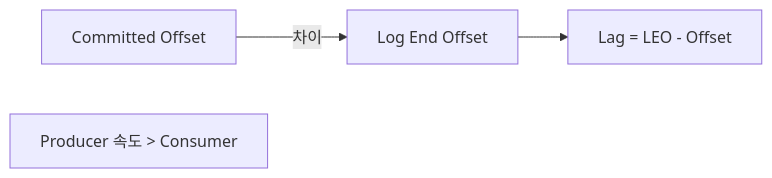
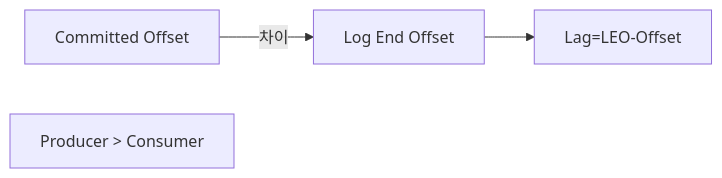
Diagram 13 of 21 in _posts/kafka/2026-05-01-kafka-extreme-scenarios.md (yjkim2015/yjkim2015.github.io), drawn with Mermaid before and after one commit. The commit also changed other lines of this file and 48 other files, not shown here.

First line of the commit message:
Mermaid 최종 47건 수정: participant/노드/줄수/라벨 전부 기준 이하

````diff
--- a/_posts/kafka/2026-05-01-kafka-extreme-scenarios.md
+++ b/_posts/kafka/2026-05-01-kafka-extreme-scenarios.md
@@ -417,9 +415,9 @@
 ```mermaid
 graph LR
     LEO["Log End Offset"]
     CO["Committed Offset"]
-    LAG["Lag = LEO - Offset"]
+    LAG["Lag=LEO-Offset"]
     CO -->|차이| LEO
     LEO --> LAG
-    NOTE["Producer 속도 > Consumer"]
+    NOTE["Producer > Consumer"]
 ```
````
